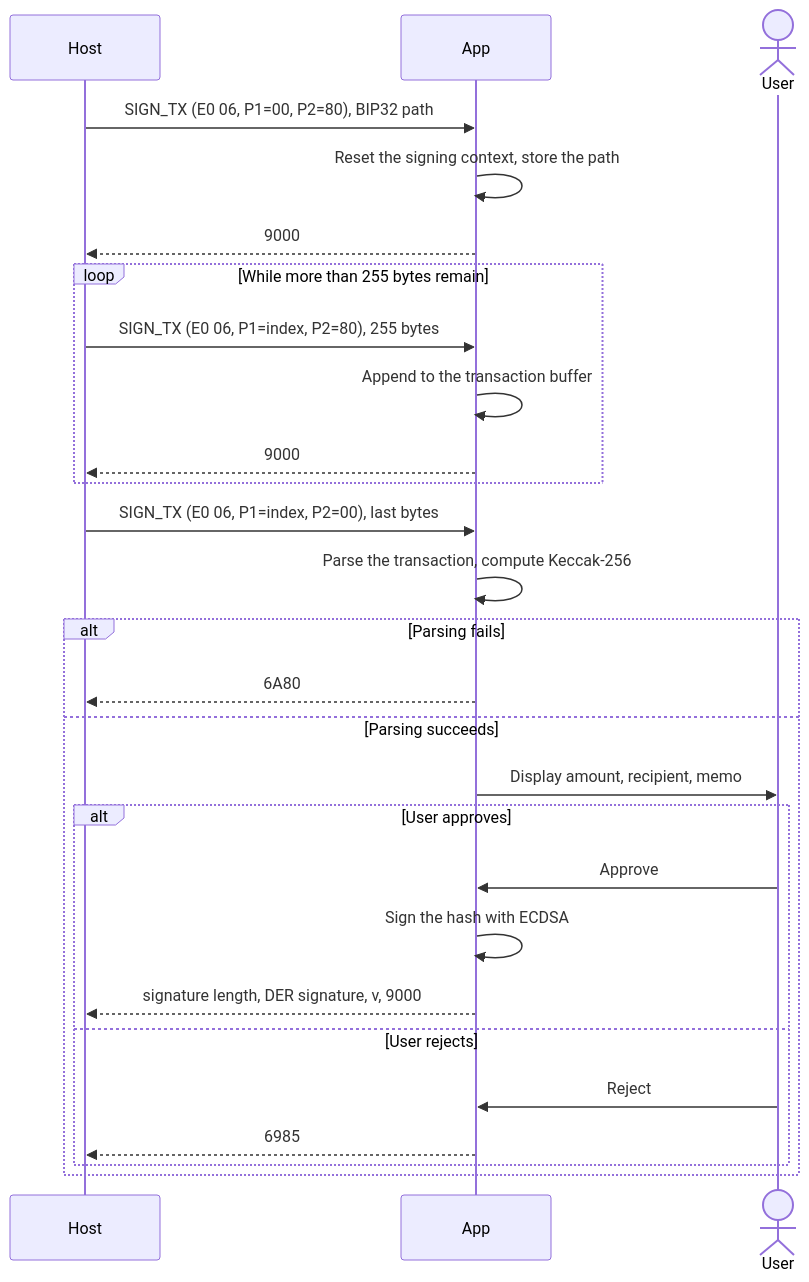
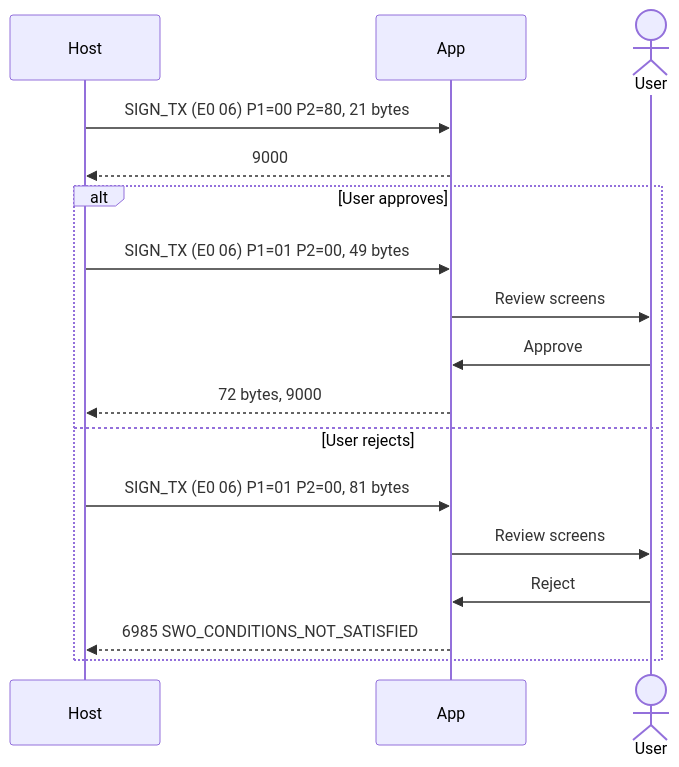
One commit to LedgerHQ/app-boilerplate changed the fourth of 8 diagrams in doc/FLOWS.md. Above: the diagram before and after it, drawn with Mermaid. The commit also changed other lines of this file and 8 other files, not shown here.

````diff
--- a/doc/FLOWS.md
+++ b/doc/FLOWS.md
@@ -118,30 +133,20 @@
 ```mermaid
 sequenceDiagram
     participant H as Host
     participant A as App
     actor U as User
 
-    H->>A: SIGN_TX (E0 06, P1=00, P2=80), BIP32 path
-    A->>A: Reset the signing context, store the path
+    H->>A: SIGN_TX (E0 06) P1=00 P2=80, 21 bytes
     A-->>H: 9000
-    loop While more than 255 bytes remain
-        H->>A: SIGN_TX (E0 06, P1=index, P2=80), 255 bytes
-        A->>A: Append to the transaction buffer
-        A-->>H: 9000
-    end
-    H->>A: SIGN_TX (E0 06, P1=index, P2=00), last bytes
-    A->>A: Parse the transaction, compute Keccak-256
-    alt Parsing fails
-        A-->>H: 6A80
-    else Parsing succeeds
-        A->>U: Display amount, recipient, memo
-        alt User approves
-            U->>A: Approve
-            A->>A: Sign the hash with ECDSA
-            A-->>H: signature length, DER signature, v, 9000
-        else User rejects
-            U->>A: Reject
-            A-->>H: 6985
-        end
+    alt User approves
+        H->>A: SIGN_TX (E0 06) P1=01 P2=00, 49 bytes
+        A->>U: Review screens
+        U->>A: Approve
+        A-->>H: 72 bytes, 9000
+    else User rejects
+        H->>A: SIGN_TX (E0 06) P1=01 P2=00, 81 bytes
+        A->>U: Review screens
+        U->>A: Reject
+        A-->>H: 6985 SWO_CONDITIONS_NOT_SATISFIED
     end
 ```
````
